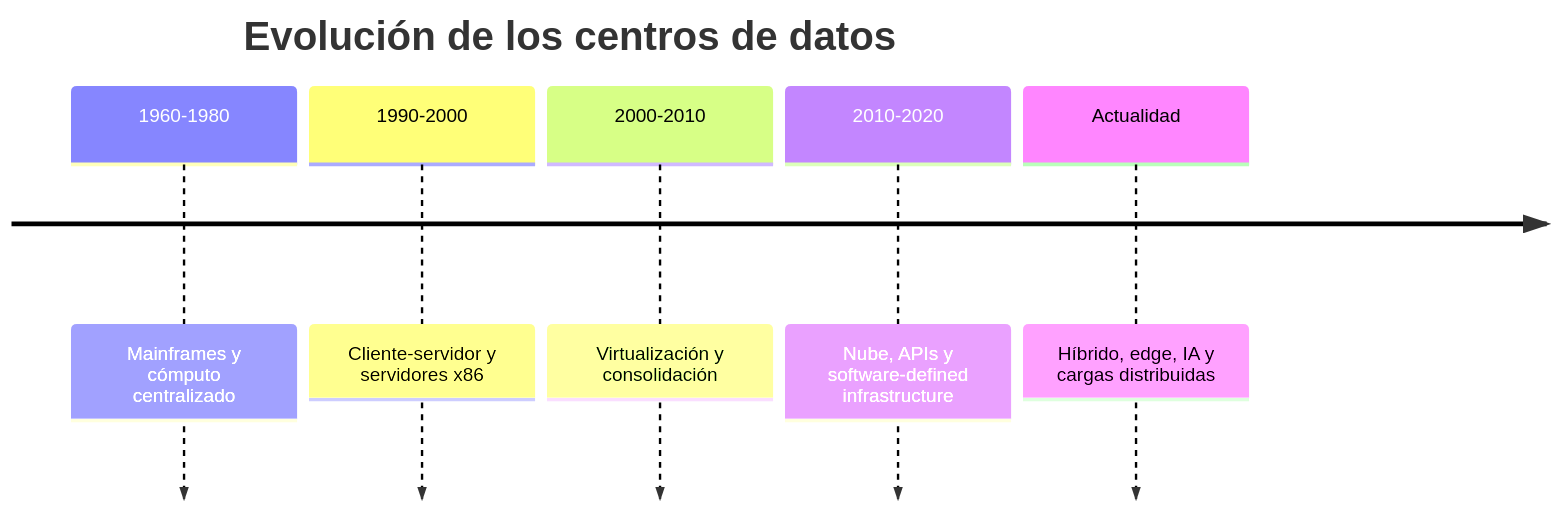
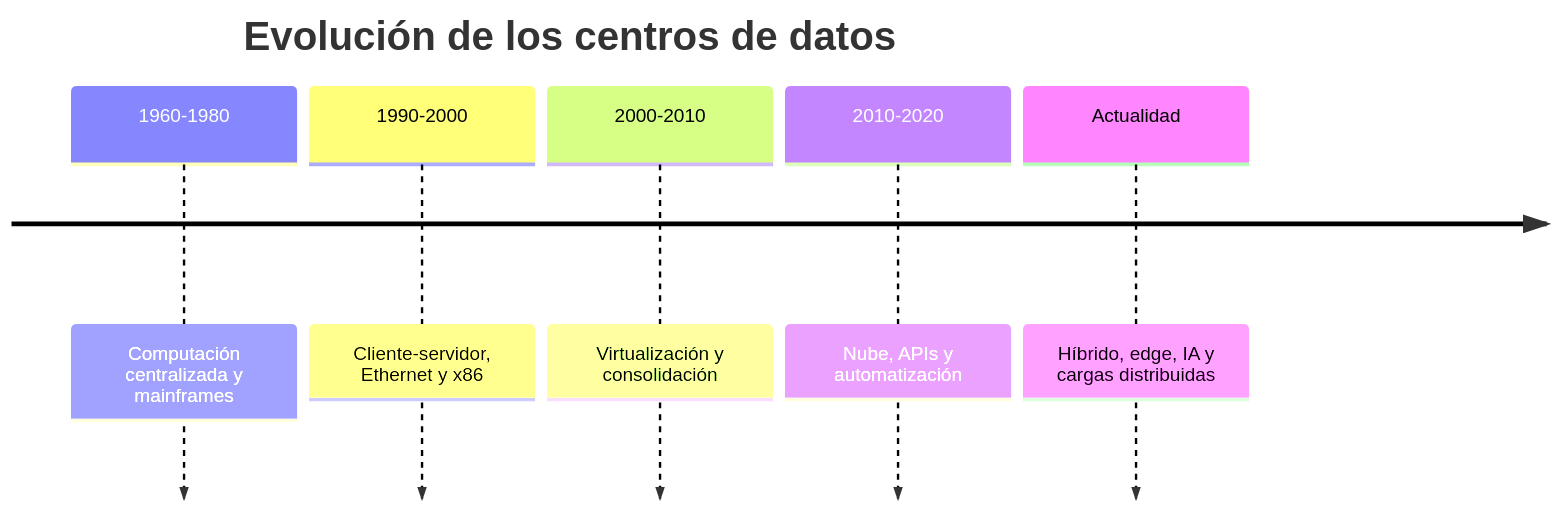
Before and after one commit to aramirezdr/slides-redes-de-datos: the second of 6 diagrams in slides.md, drawn with Mermaid. The commit also changed other lines of this file, not shown here.

````diff
--- a/slides.md
+++ b/slides.md
@@ -147,9 +170,9 @@
 ```mermaid
 timeline
-    title Evolución de los centros de datos
-    1960-1980 : Mainframes y cómputo centralizado
-    1990-2000 : Cliente-servidor y servidores x86
-    2000-2010 : Virtualización y consolidación
-    2010-2020 : Nube, APIs y software-defined infrastructure
-    Actualidad : Híbrido, edge, IA y cargas distribuidas
+  title Evolución de los centros de datos
+  1960-1980 : Computación centralizada y mainframes
+  1990-2000 : Cliente-servidor, Ethernet y x86
+  2000-2010 : Virtualización y consolidación
+  2010-2020 : Nube, APIs y automatización
+  Actualidad : Híbrido, edge, IA y cargas distribuidas
 ```
````
